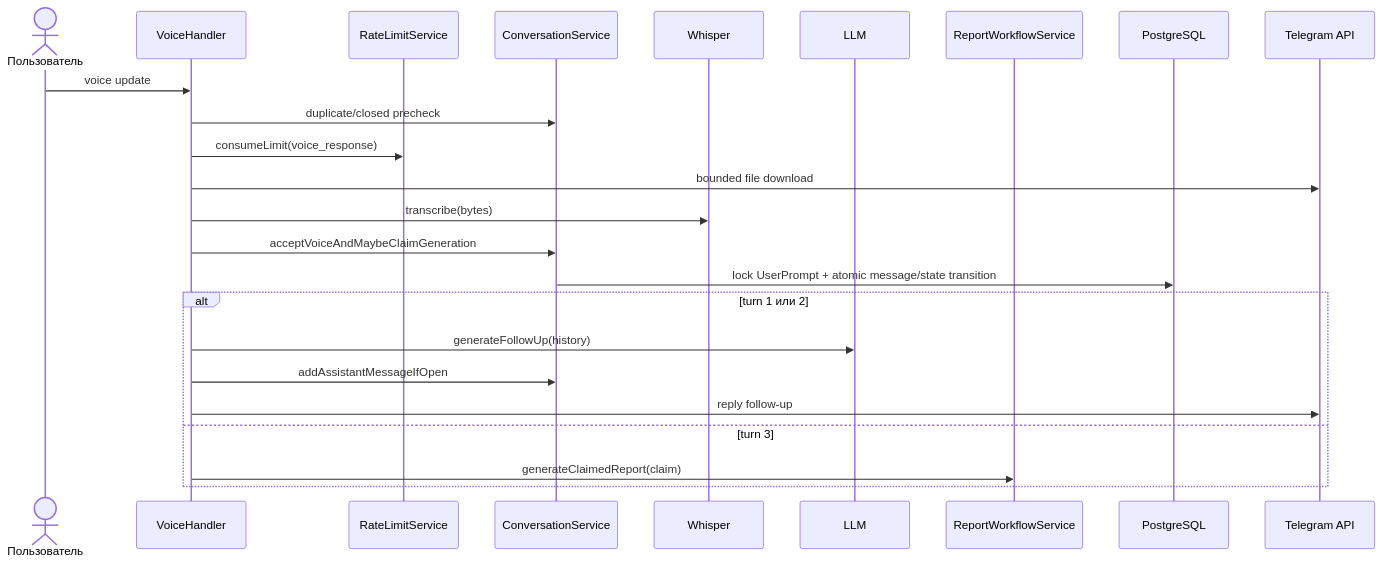
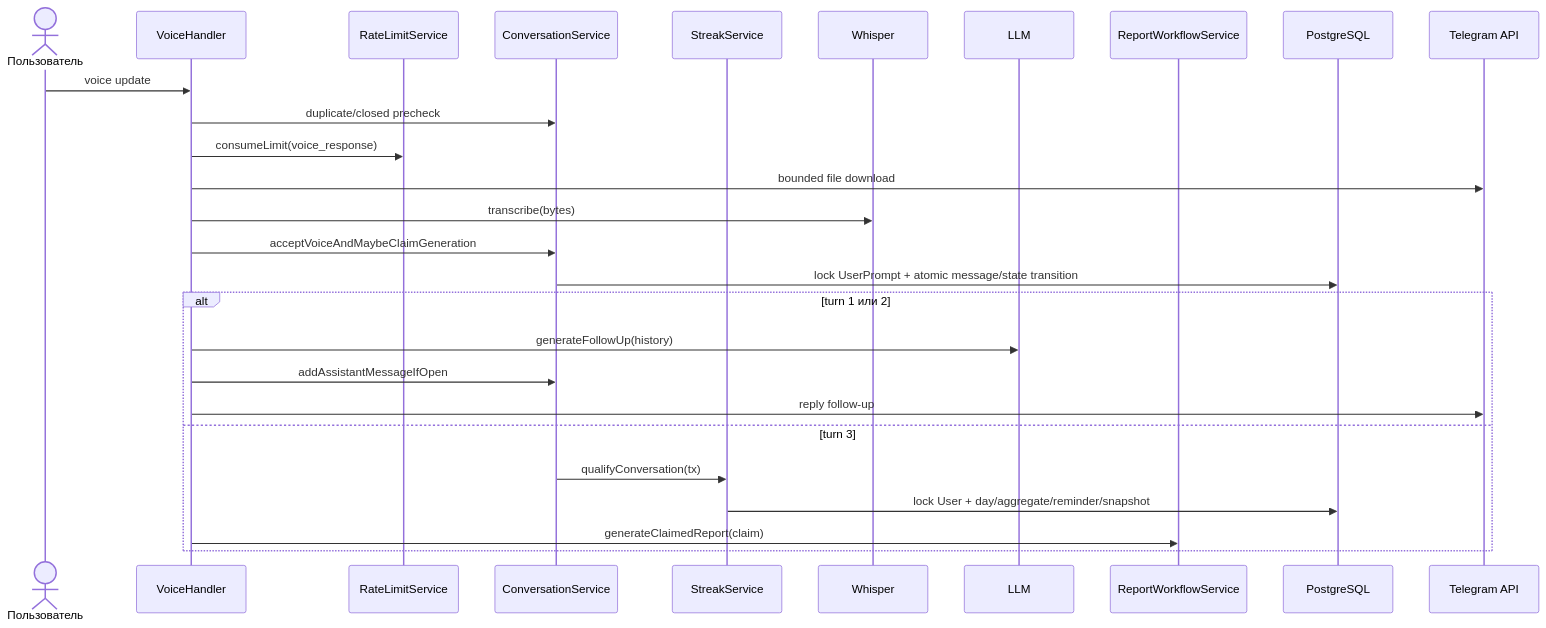
The second of 2 diagrams in docs/architecture/03-telegram-conversation.md (moredark/talking-bob), drawn with Mermaid before and after one commit. The commit also changed other lines of this file and 43 other files, not shown here.

````diff
--- a/docs/architecture/03-telegram-conversation.md
+++ b/docs/architecture/03-telegram-conversation.md
@@ -93,27 +95,30 @@
 ```mermaid
 sequenceDiagram
     actor U as Пользователь
     participant V as VoiceHandler
     participant Q as RateLimitService
     participant C as ConversationService
+    participant S as StreakService
     participant W as Whisper
     participant L as LLM
     participant R as ReportWorkflowService
     participant DB as PostgreSQL
     participant TG as Telegram API
 
     U->>V: voice update
     V->>C: duplicate/closed precheck
     V->>Q: consumeLimit(voice_response)
     V->>TG: bounded file download
     V->>W: transcribe(bytes)
     V->>C: acceptVoiceAndMaybeClaimGeneration
     C->>DB: lock UserPrompt + atomic message/state transition
     alt turn 1 или 2
         V->>L: generateFollowUp(history)
         V->>C: addAssistantMessageIfOpen
         V->>TG: reply follow-up
     else turn 3
+        C->>S: qualifyConversation(tx)
+        S->>DB: lock User + day/aggregate/reminder/snapshot
         V->>R: generateClaimedReport(claim)
     end
 ```
````
